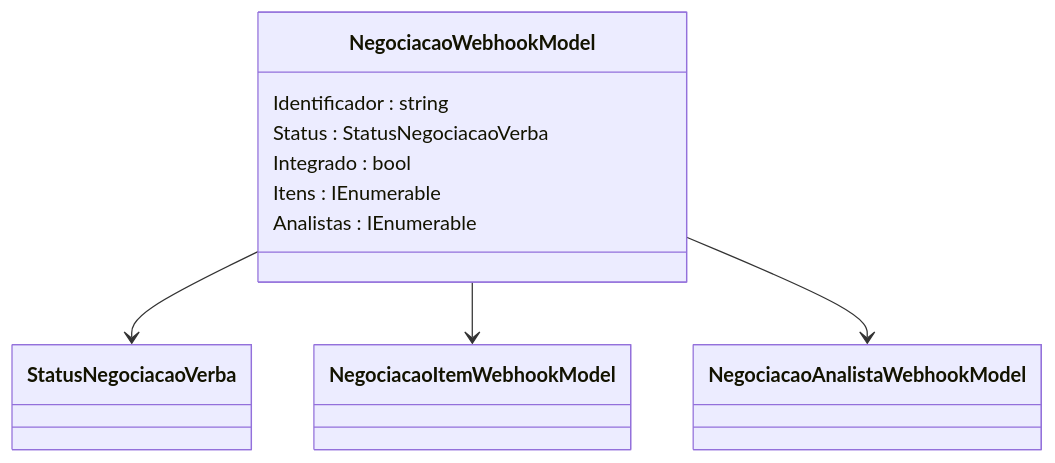
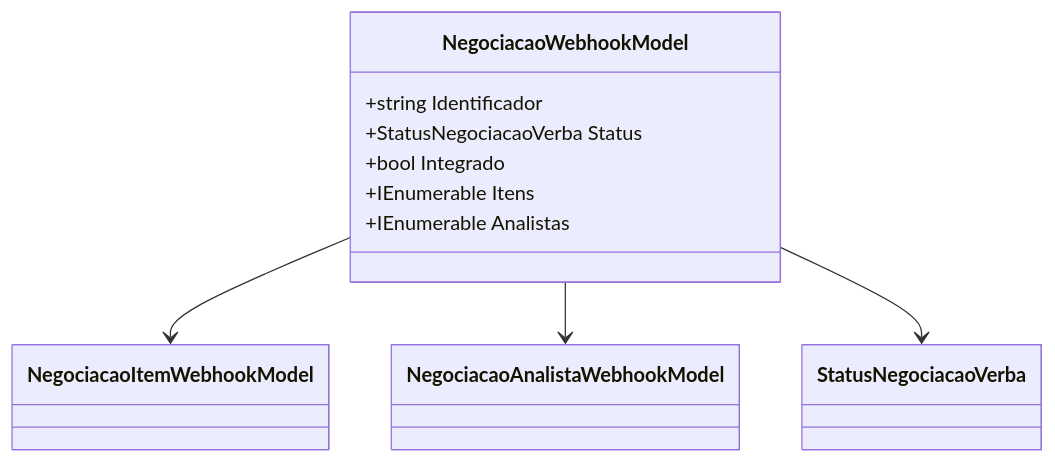
One commit to IsthmusSistemas/documentacao-tecnica changed the diagram in docs/b2b-dominio/IsthmusWinthor.Nucleo/IsthmusWinthor.Dominio/Model/Verbas/Webhook/NegociacaoWebhookModel.md. Above: the diagram before and after it, drawn with Mermaid. The commit also changed other lines of this file and 882 other files, not shown here.

````diff
--- a/docs/b2b-dominio/IsthmusWinthor.Nucleo/IsthmusWinthor.Dominio/Model/Verbas/Webhook/NegociacaoWebhookModel.md
+++ b/docs/b2b-dominio/IsthmusWinthor.Nucleo/IsthmusWinthor.Dominio/Model/Verbas/Webhook/NegociacaoWebhookModel.md
@@ -32,13 +24,18 @@
 ```mermaid
 classDiagram
     class NegociacaoWebhookModel {
-        Identificador : string
-        Status : StatusNegociacaoVerba
-        Integrado : bool
-        Itens : IEnumerable<NegociacaoItemWebhookModel>
-        Analistas : IEnumerable<NegociacaoAnalistaWebhookModel>
+        +string Identificador
+        +StatusNegociacaoVerba Status
+        +bool Integrado
+        +IEnumerable<NegociacaoItemWebhookModel> Itens
+        +IEnumerable<NegociacaoAnalistaWebhookModel> Analistas
     }
-    NegociacaoWebhookModel --> StatusNegociacaoVerba
+    
+    class NegociacaoItemWebhookModel {}
+    class NegociacaoAnalistaWebhookModel {}
+    class StatusNegociacaoVerba {}
+
     NegociacaoWebhookModel --> NegociacaoItemWebhookModel
     NegociacaoWebhookModel --> NegociacaoAnalistaWebhookModel
+    NegociacaoWebhookModel --> StatusNegociacaoVerba
 ```
````
